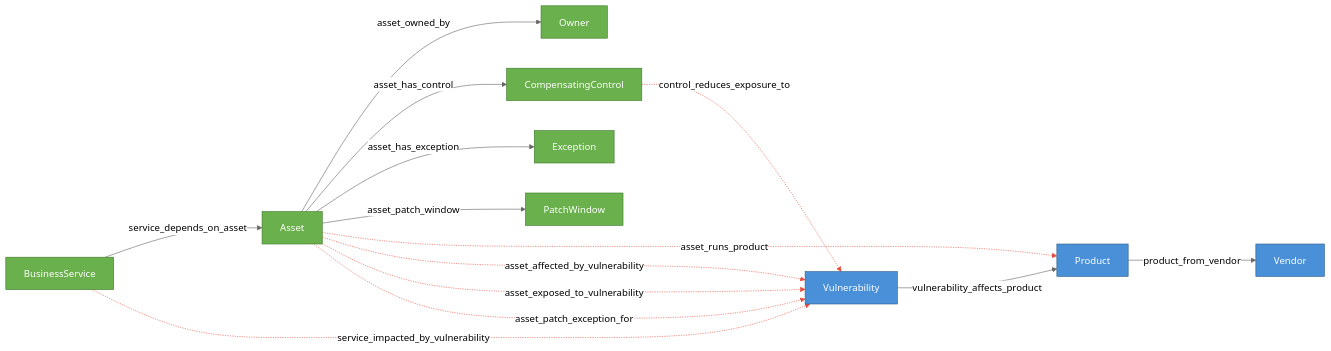
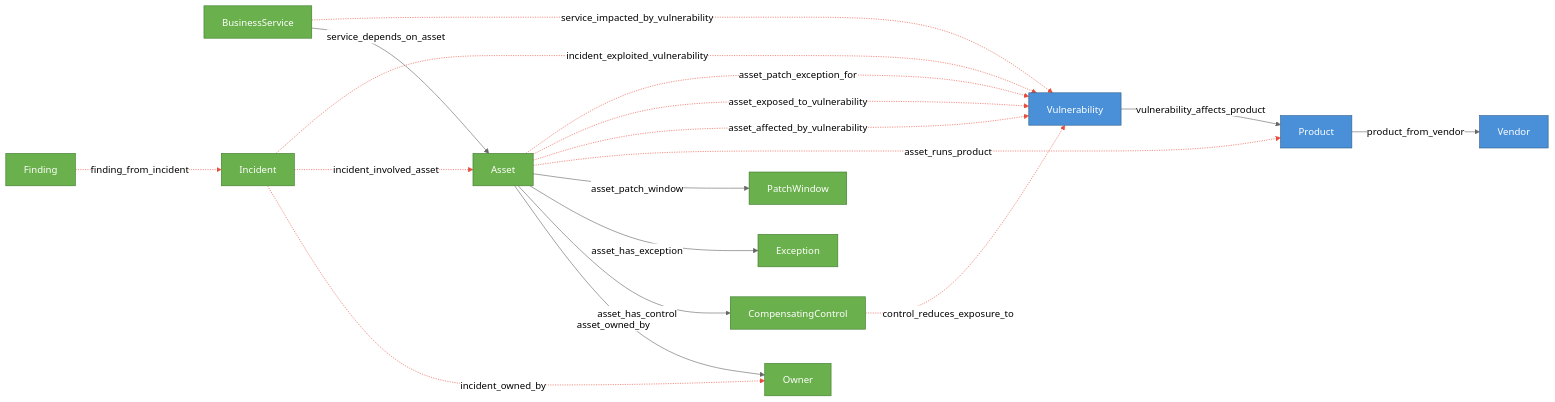
The diagram in demos/kev-triage/README.md (cruxible-ai/cruxible-core), drawn with Mermaid (neutral theme) before and after one commit. The commit also changed other lines of this file and 4 other files, not shown here.

````diff
--- a/demos/kev-triage/README.md
+++ b/demos/kev-triage/README.md
@@ -25,40 +25,45 @@
 ```mermaid
 graph LR
   classDef ref fill:#4a90d9,stroke:#2c5f8a,color:#fff
   classDef fork fill:#6ab04c,stroke:#3d7a28,color:#fff
-  classDef governed stroke-dasharray:5 5
 
   %% Reference layer entities
   Vendor:::ref
   Product:::ref
   Vulnerability:::ref
 
   %% Fork entities
   Asset:::fork
   BusinessService:::fork
   Owner:::fork
   CompensatingControl:::fork
   Exception:::fork
   PatchWindow:::fork
+  Incident:::fork
+  Finding:::fork
 
   %% Reference relationships (deterministic)
   Product -->|product_from_vendor| Vendor
   Vulnerability -->|vulnerability_affects_product| Product
 
   %% Fork deterministic relationships
   BusinessService -->|service_depends_on_asset| Asset
   Asset -->|asset_owned_by| Owner
   Asset -->|asset_has_control| CompensatingControl
   Asset -->|asset_has_exception| Exception
   Asset -->|asset_patch_window| PatchWindow
 
   %% Governed relationships (cross-layer and judgment)
   Asset -.->|asset_runs_product| Product
   Asset -.->|asset_affected_by_vulnerability| Vulnerability
   Asset -.->|asset_exposed_to_vulnerability| Vulnerability
   BusinessService -.->|service_impacted_by_vulnerability| Vulnerability
   Asset -.->|asset_patch_exception_for| Vulnerability
   CompensatingControl -.->|control_reduces_exposure_to| Vulnerability
+  Incident -.->|incident_owned_by| Owner
+  Incident -.->|incident_involved_asset| Asset
+  Incident -.->|incident_exploited_vulnerability| Vulnerability
+  Finding -.->|finding_from_incident| Incident
 
-  linkStyle 7,8,9,10,11,12 stroke:#e74c3c
+  linkStyle 7,8,9,10,11,12,13,14,15,16 stroke:#e74c3c
 ```
````
